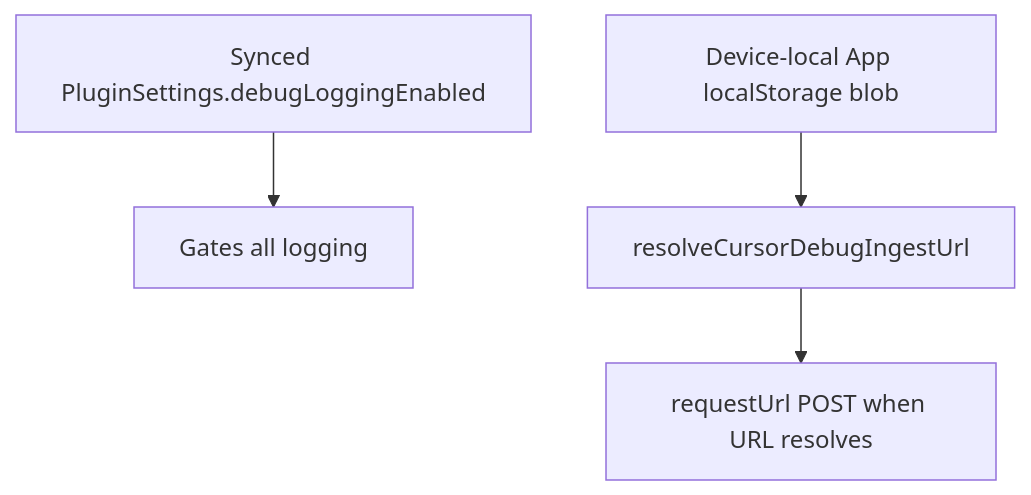
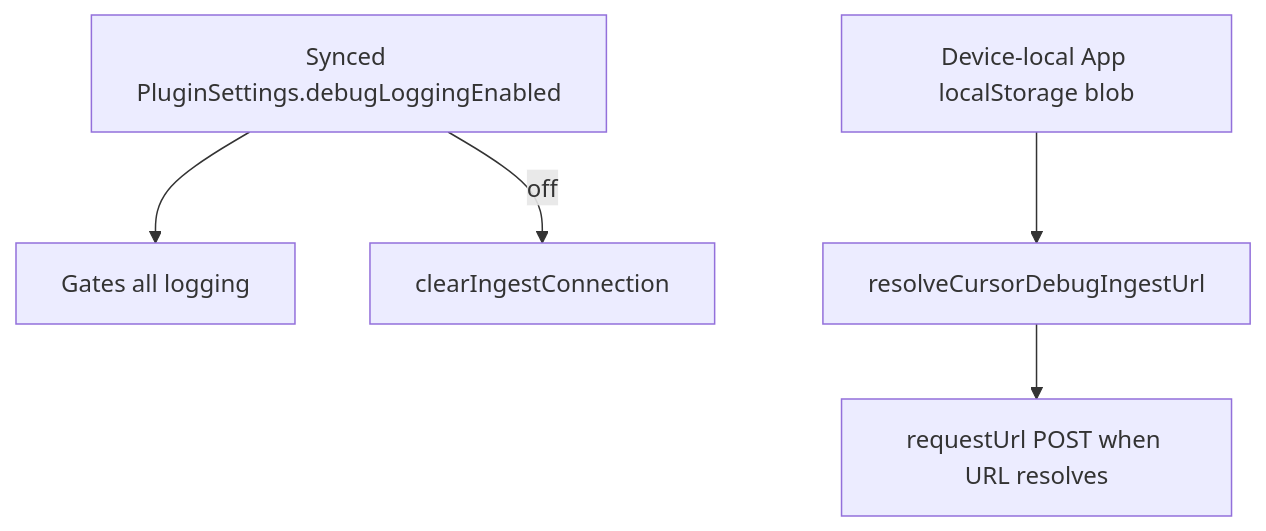
The second of 2 diagrams in docs/cursor-debug-ingest.md (daledesilva/obsidian-dropbox-sync), drawn with Mermaid before and after one commit. The commit also changed other lines of this file and 24 other files, not shown here.

````diff
--- a/docs/cursor-debug-ingest.md
+++ b/docs/cursor-debug-ingest.md
@@ -63,8 +79,9 @@
 ```mermaid
 flowchart TB
   Synced["Synced PluginSettings.debugLoggingEnabled"]
   Device["Device-local App localStorage blob"]
   Synced --> GateLog["Gates all logging"]
+  Synced -->|off| Clear["clearIngestConnection"]
   Device --> ResolveUrl["resolveCursorDebugIngestUrl"]
   ResolveUrl --> Post["requestUrl POST when URL resolves"]
 ```
````
